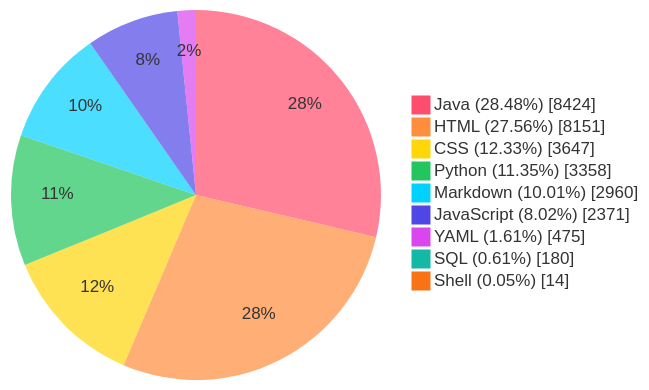
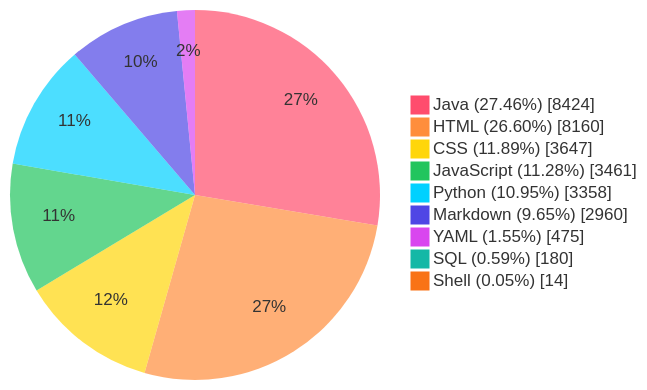
The diagram in README.md (TheBadRoger/BUCT-Teaching-Aids), drawn with Mermaid before and after one commit. The commit also changed other lines of this file and 14 other files, not shown here.

````diff
--- a/README.md
+++ b/README.md
@@ -40,28 +40,28 @@
 ```mermaid
 %%{init: {'theme':'base','themeVariables': {
   'fontFamily': 'Fira Code, JetBrains Mono, Source Code Pro, Cascadia Code, Menlo, Consolas, monospace',
   'pieStrokeColor': 'transparent',
   'pieStrokeWidth': '0px',
   'pieOuterStrokeWidth': '0px',
   'pie1': '#FF4D6D',
   'pie2': '#FF8E3C',
   'pie3': '#FFD60A',
   'pie4': '#22C55E',
   'pie5': '#00D1FF',
   'pie6': '#4F46E5',
   'pie7': '#D946EF',
   'pie8': '#14B8A6',
   'pie9': '#F97316',
   'pie10': '#A855F7'
 }}}%%
 pie showData
-    "Java (28.48%)" : 8424
-    "HTML (27.56%)" : 8151
-    "CSS (12.33%)" : 3647
-    "Python (11.35%)" : 3358
-    "Markdown (10.01%)" : 2960
-    "JavaScript (8.02%)" : 2371
-    "YAML (1.61%)" : 475
-    "SQL (0.61%)" : 180
+    "Java (27.46%)" : 8424
+    "HTML (26.60%)" : 8160
+    "CSS (11.89%)" : 3647
+    "JavaScript (11.28%)" : 3461
+    "Python (10.95%)" : 3358
+    "Markdown (9.65%)" : 2960
+    "YAML (1.55%)" : 475
+    "SQL (0.59%)" : 180
     "Shell (0.05%)" : 14
 ```
````
